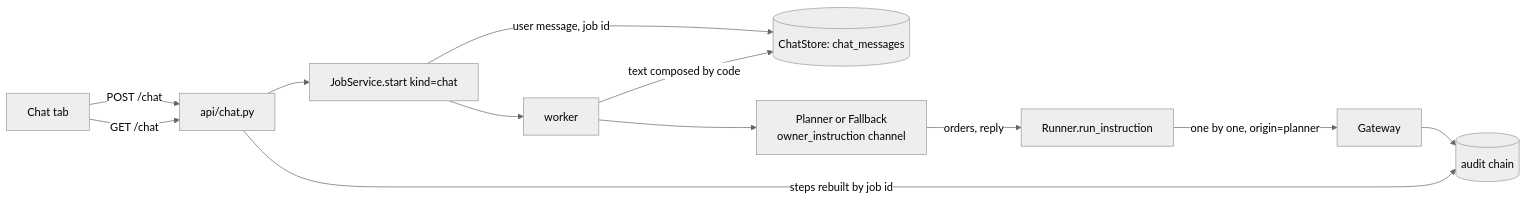
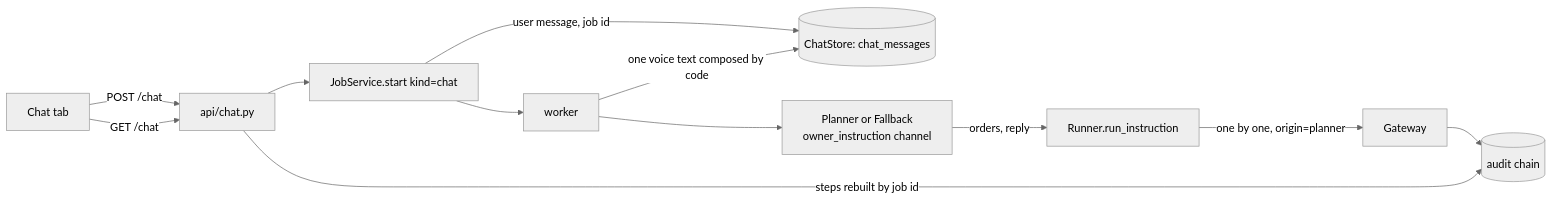
One commit to thaicuong576/agent-wallet changed the third of 3 diagrams in docs/architecture/webapp.md. Above: the diagram before and after it, drawn with Mermaid (neutral theme). The commit also changed other lines of this file and 15 other files, not shown here.

````diff
--- a/docs/architecture/webapp.md
+++ b/docs/architecture/webapp.md
@@ -97,14 +97,14 @@
 ```mermaid
 flowchart LR
   B[Chat tab] -->|POST /chat| R[api/chat.py]
   R --> J[JobService.start kind=chat]
   J -->|user message, job id| C[(ChatStore: chat_messages)]
   J --> W[worker]
   W --> P[Planner or Fallback<br/>owner_instruction channel]
   P -->|orders, reply| RN[Runner.run_instruction]
   RN -->|one by one, origin=planner| GW[Gateway]
   GW --> AU[(audit chain)]
-  W -->|text composed by code| C
+  W -->|one voice text composed by code| C
   B -->|GET /chat| R
   R -->|steps rebuilt by job id| AU
 ```
````
